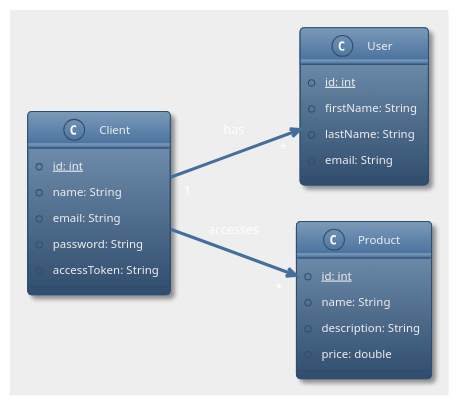
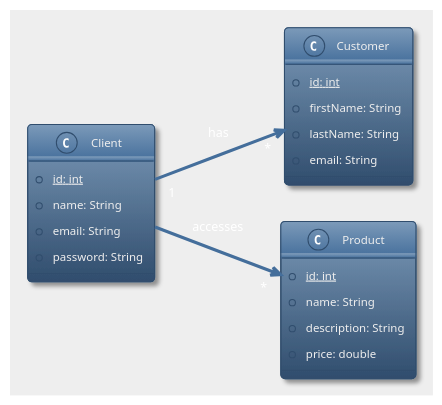
Before and after one commit to tomcdj71-openclassrooms/BileMo: the diagram in .diagrams/Classes.puml, drawn with PlantUML. The commit also changed 3 other files, not shown here.

Commit message:
docs: accessToken should not be in the database

```diff
--- a/.diagrams/Classes.puml
+++ b/.diagrams/Classes.puml
@@ -1,35 +1,34 @@
 @startuml
 left to right direction
 skinparam actorStyle Awesome
 skinparam ArrowThickness 1
 !theme spacelab
 skinparam backgroundColor #EEEEEE
 skinparam shadowing true
 
 'Client / Company'
 class Client {
   {static} +id: int
   +name: String
   +email: String
   +password: String
-  +accessToken: String
 }
 
-class User {
+class Customer {
   {static} +id: int
   +firstName: String
   +lastName: String
   +email: String
 }
 
 class Product {
   {static} +id: int
   +name: String
   +description: String
   +price: double
 }
 
-Client "1" --> "*" User: has
+Client "1" --> "*" Customer: has
 Client --> "*" Product: accesses
 
 @enduml
```
